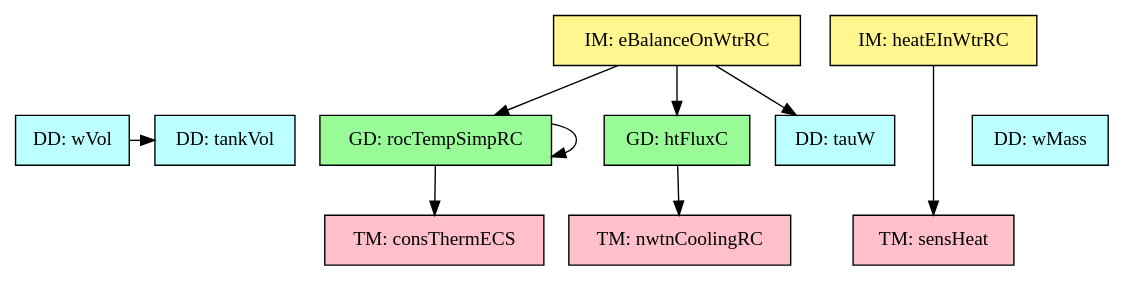
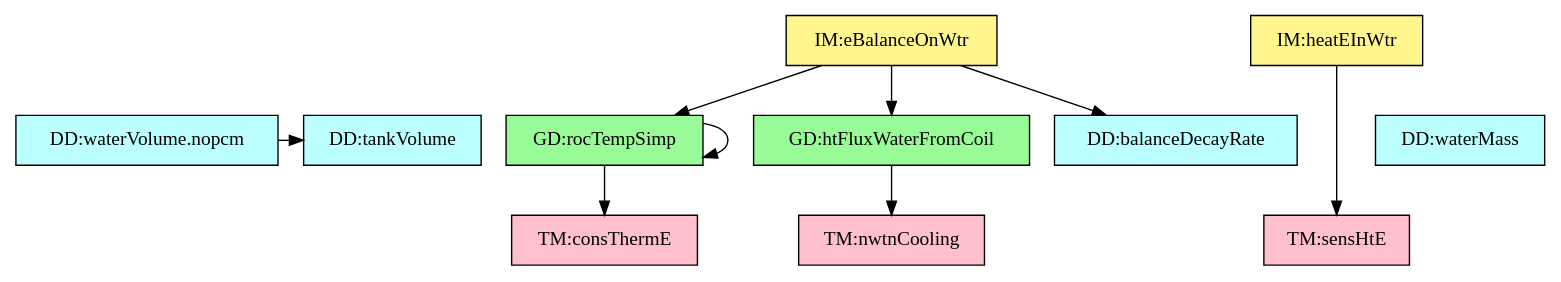
One commit to JacquesCarette/Drasil changed the diagram in code/stable/nopcm/TraceyGraph/refvsref.dot. Above: the diagram before and after it, drawn with Graphviz. The commit also changed 43 other files, not shown here.

```diff
--- a/code/stable/nopcm/TraceyGraph/refvsref.dot
+++ b/code/stable/nopcm/TraceyGraph/refvsref.dot
@@ -1,47 +1,47 @@
 digraph refvsref {
 	wVol -> tankVol;
 	rocTempSimpRC -> consThermECS;
 	rocTempSimpRC -> rocTempSimpRC;
 	htFluxC -> nwtnCoolingRC;
 	eBalanceOnWtrRC -> tauW;
 	eBalanceOnWtrRC -> rocTempSimpRC;
 	eBalanceOnWtrRC -> htFluxC;
 	heatEInWtrRC -> sensHeat;
 
 
-	wMass	[shape=box, color=black, style=filled, fillcolor=paleturquoise1, label="DD: wMass"];
-	wVol	[shape=box, color=black, style=filled, fillcolor=paleturquoise1, label="DD: wVol"];
-	tankVol	[shape=box, color=black, style=filled, fillcolor=paleturquoise1, label="DD: tankVol"];
-	tauW	[shape=box, color=black, style=filled, fillcolor=paleturquoise1, label="DD: tauW"];
+	wMass	[shape=box, color=black, style=filled, fillcolor=paleturquoise1, label="DD:waterMass"];
+	wVol	[shape=box, color=black, style=filled, fillcolor=paleturquoise1, label="DD:waterVolume.nopcm"];
+	tankVol	[shape=box, color=black, style=filled, fillcolor=paleturquoise1, label="DD:tankVolume"];
+	tauW	[shape=box, color=black, style=filled, fillcolor=paleturquoise1, label="DD:balanceDecayRate"];
 
 	subgraph DD {
 	rank="same"
 	{wMass, wVol, tankVol, tauW}
 	}
 
-	consThermECS	[shape=box, color=black, style=filled, fillcolor=pink, label="TM: consThermECS"];
-	sensHeat	[shape=box, color=black, style=filled, fillcolor=pink, label="TM: sensHeat"];
-	nwtnCoolingRC	[shape=box, color=black, style=filled, fillcolor=pink, label="TM: nwtnCoolingRC"];
+	consThermECS	[shape=box, color=black, style=filled, fillcolor=pink, label="TM:consThermE"];
+	sensHeat	[shape=box, color=black, style=filled, fillcolor=pink, label="TM:sensHtE"];
+	nwtnCoolingRC	[shape=box, color=black, style=filled, fillcolor=pink, label="TM:nwtnCooling"];
 
 	subgraph TM {
 	rank="same"
 	{consThermECS, sensHeat, nwtnCoolingRC}
 	}
 
-	rocTempSimpRC	[shape=box, color=black, style=filled, fillcolor=palegreen, label="GD: rocTempSimpRC"];
-	htFluxC	[shape=box, color=black, style=filled, fillcolor=palegreen, label="GD: htFluxC"];
+	rocTempSimpRC	[shape=box, color=black, style=filled, fillcolor=palegreen, label="GD:rocTempSimp"];
+	htFluxC	[shape=box, color=black, style=filled, fillcolor=palegreen, label="GD:htFluxWaterFromCoil"];
 
 	subgraph GD {
 	rank="same"
 	{rocTempSimpRC, htFluxC}
 	}
 
-	eBalanceOnWtrRC	[shape=box, color=black, style=filled, fillcolor=khaki1, label="IM: eBalanceOnWtrRC"];
-	heatEInWtrRC	[shape=box, color=black, style=filled, fillcolor=khaki1, label="IM: heatEInWtrRC"];
+	eBalanceOnWtrRC	[shape=box, color=black, style=filled, fillcolor=khaki1, label="IM:eBalanceOnWtr"];
+	heatEInWtrRC	[shape=box, color=black, style=filled, fillcolor=khaki1, label="IM:heatEInWtr"];
 
 	subgraph IM {
 	rank="same"
 	{eBalanceOnWtrRC, heatEInWtrRC}
 	}
 
 }
```
